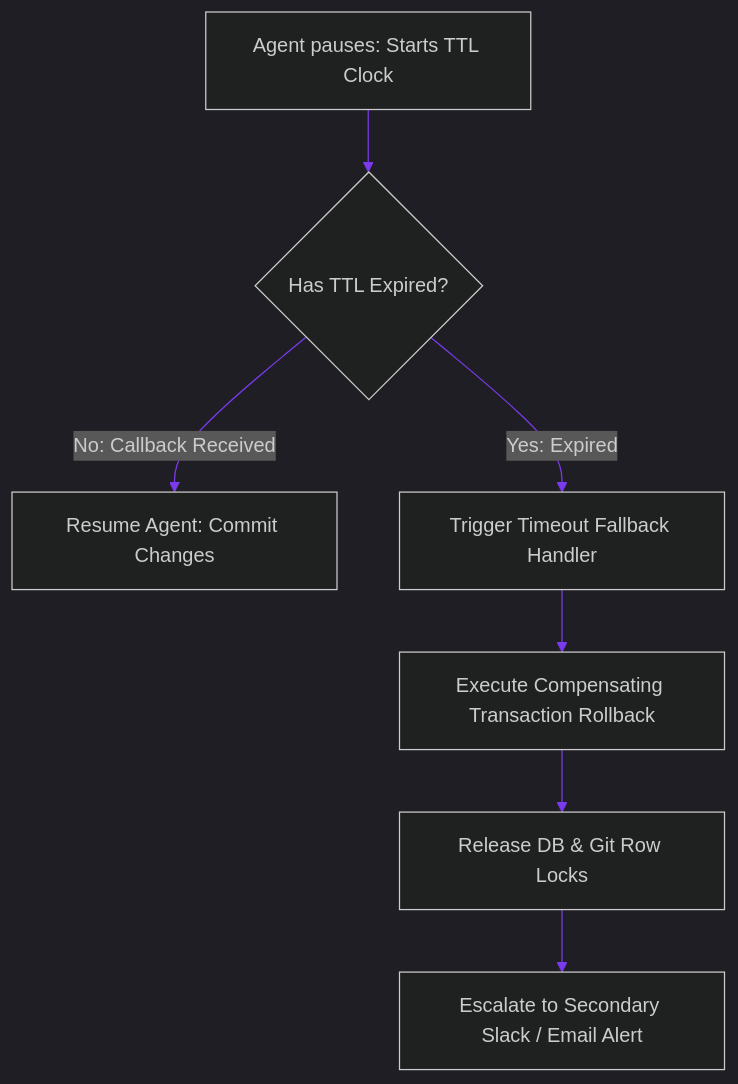
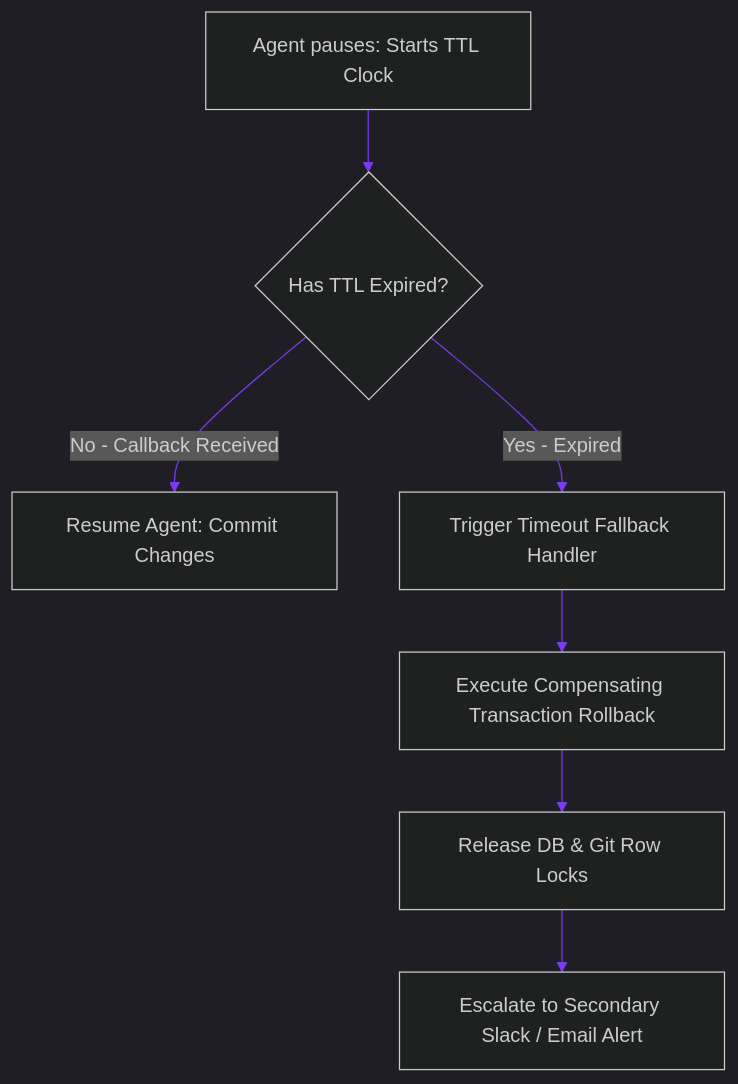
Before and after one commit to akmalkhaniub/akmalkhaniub.github.io: the diagram in blog/posts/hitl-state-machine-ttl-escalation-timeouts.md, drawn with Mermaid. The commit also changed 411 other files, not shown here.

````diff
--- a/blog/posts/hitl-state-machine-ttl-escalation-timeouts.md
+++ b/blog/posts/hitl-state-machine-ttl-escalation-timeouts.md
@@ -16,12 +16,12 @@
 ```mermaid
 %%{init: {'theme': 'dark', 'themeVariables': { 'primaryColor': '#7c3aed', 'primaryTextColor': '#f3f4f6', 'primaryBorderColor': '#a78bfa', 'lineColor': '#7c3aed', 'secondaryColor': '#111827', 'tertiaryColor': '#0b0f19'}}}%%
 flowchart TD
     Pause[Agent pauses: Starts TTL Clock] --> Check{Has TTL Expired?}
     
-    Check -->|No: Callback Received| Resume[Resume Agent: Commit Changes]
-    Check -->|Yes: Expired| Fallback[Trigger Timeout Fallback Handler]
+    Check -->|No - Callback Received| Resume[Resume Agent: Commit Changes]
+    Check -->|Yes - Expired| Fallback[Trigger Timeout Fallback Handler]
     
     Fallback --> Rollback[Execute Compensating Transaction Rollback]
     Rollback --> Release[Release DB & Git Row Locks]
     Release --> Notify[Escalate to Secondary Slack / Email Alert]
 ```
````
